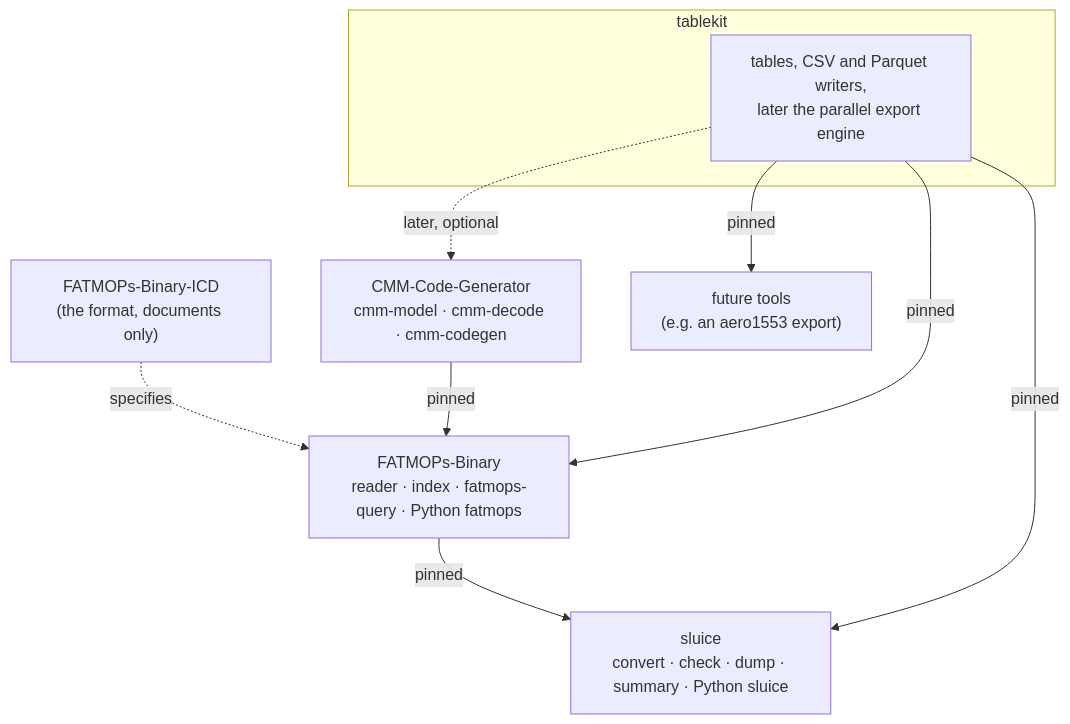
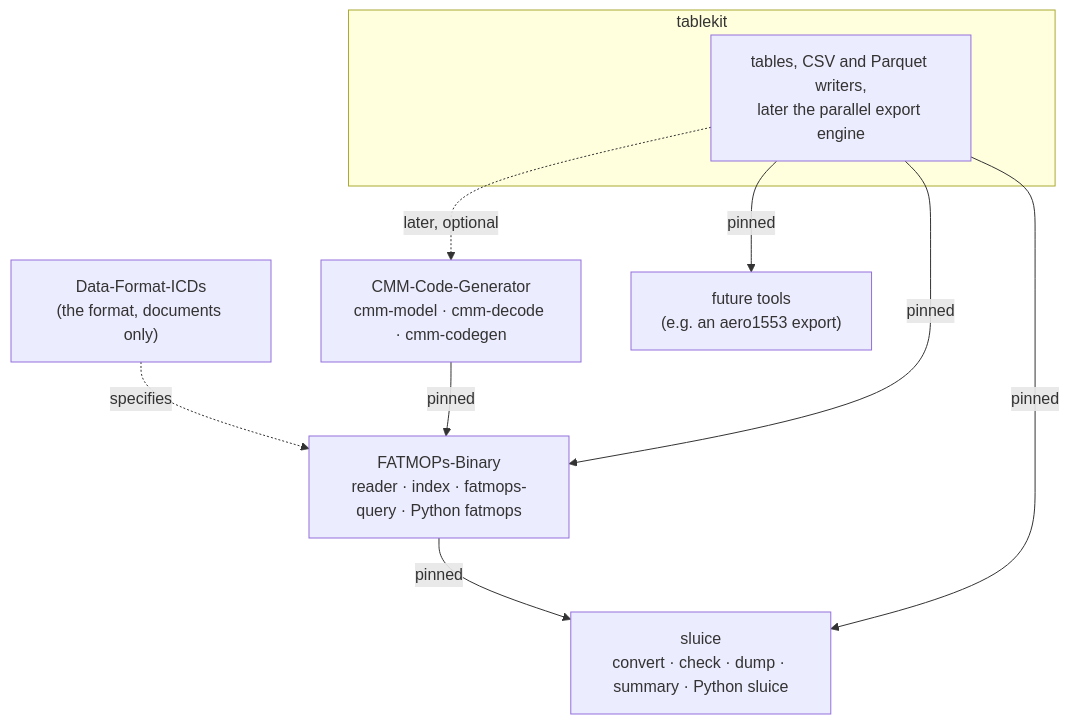
One commit to joey-huckabee/tablekit changed the first of 5 diagrams in docs/ARCHITECTURE.md. Above: the diagram before and after it, drawn with Mermaid.

Commit message:
Point at Data-Format-ICDs, the ICD repository's new name (#9)

````diff
--- a/docs/ARCHITECTURE.md
+++ b/docs/ARCHITECTURE.md
@@ -39,18 +39,18 @@
 ```mermaid
 flowchart TB
   subgraph NEW["tablekit"]
     TK["tables, CSV and Parquet writers,<br/>later the parallel export engine"]
   end
-  ICD["FATMOPs-Binary-ICD<br/>(the format, documents only)"]
+  ICD["Data-Format-ICDs<br/>(the format, documents only)"]
   CMM["CMM-Code-Generator<br/>cmm-model · cmm-decode · cmm-codegen"]
   FB["FATMOPs-Binary<br/>reader · index · fatmops-query · Python fatmops"]
   SL["sluice<br/>convert · check · dump · summary · Python sluice"]
   FUT["future tools<br/>(e.g. an aero1553 export)"]
   ICD -. specifies .-> FB
   CMM -->|pinned| FB
   FB -->|pinned| SL
   TK -->|pinned| FB
   TK -->|pinned| SL
   TK -->|pinned| FUT
   TK -.->|later, optional| CMM
 ```
````
